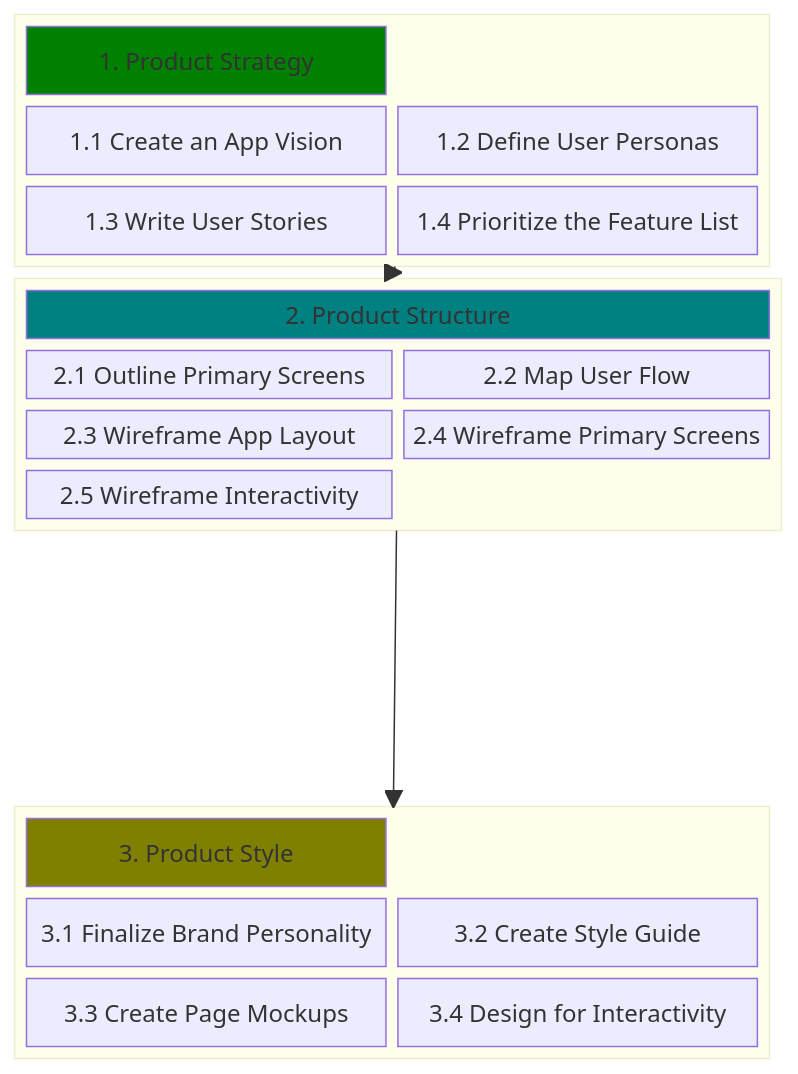
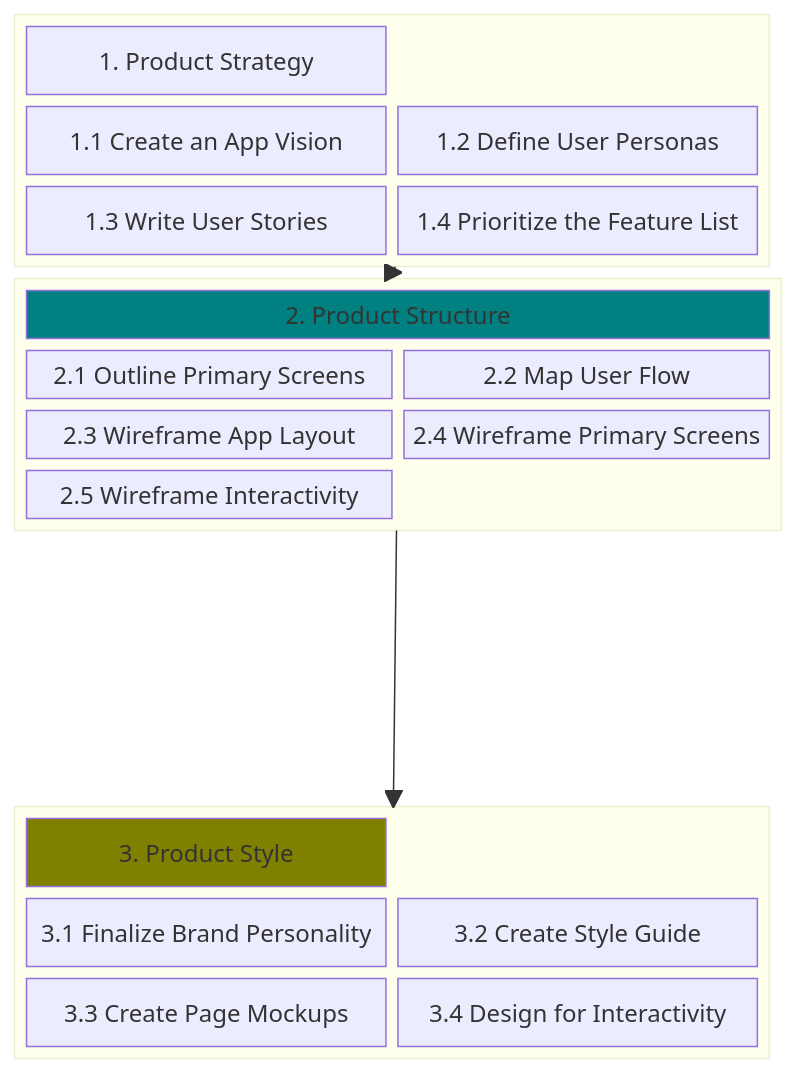
One commit to chingu-voyages/Handbook changed the diagram in docs/resources/techresources/uiux.md. Above: the diagram before and after it, drawn with Mermaid.

Commit message:
Feature: Add UI/UX workflow process template

````diff
--- a/docs/resources/techresources/uiux.md
+++ b/docs/resources/techresources/uiux.md
@@ -15,35 +15,36 @@
 ```mermaid
 block-beta
 columns 1
   block:STRATEGY
     columns 2
     A["1. Product Strategy"]:2
     B["1.1 Create an App Vision"]
     C["1.2 Define User Personas"]
     D["1.3 Write User Stories"]
     E["1.4 Prioritize the Feature List"]
   end
   block:STRUCTURE
     columns 2
     G["2. Product Structure"]:2
     H["2.1 Outline Primary Screens"]
     I["2.2 Map User Flow"]
     J["2.3 Wireframe App Layout"]
     K["2.4 Wireframe Primary Screens"]
     L["2.5 Wireframe Interactivity"]
   end
   STRATEGY --> STRUCTURE
   space
   block:STYLE
     columns 2
     M["3. Product Style"]:2
     N["3.1 Finalize Brand Personality"]
     O["3.2 Create Style Guide"]
     P["3.3 Create Page Mockups"]
     Q["3.4 Design for Interactivity"]
   end
   STRUCTURE --> STYLE
-  style A fill:#008000
+  style A fill:##148f77
   style G fill:#008080
   style M fill:#808000
+  style STRATEGY fill:##a3e4d7
 ```
````
